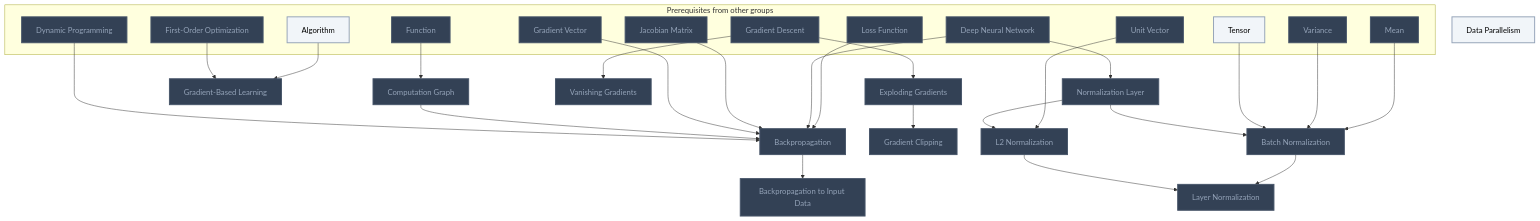
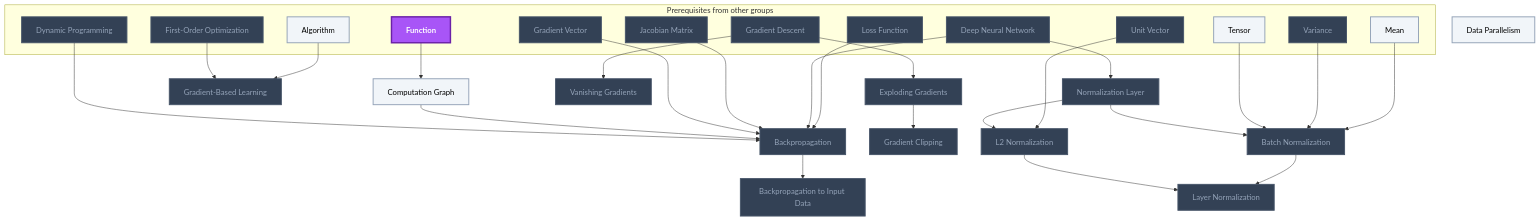
Before and after one commit to MRauf1/My-Notes: diagram 19 of 21 in Gamification/Skill Trees/Deep Learning.md, drawn with Mermaid. The commit also changed other lines of this file and 156 other files, not shown here.

````diff
--- a/Gamification/Skill Trees/Deep Learning.md
+++ b/Gamification/Skill Trees/Deep Learning.md
@@ -1134,64 +1141,65 @@
 ```mermaid
 flowchart TD
     classDef planned fill:#1E293B,stroke:#64748B,stroke-width:2px,stroke-dasharray:5 5,color:#94A3B8;
     classDef locked fill:#334155,stroke:#475569,stroke-width:2px,color:#94A3B8;
     classDef L0 fill:#F1F5F9,stroke:#94A3B8,stroke-width:2px,color:#000000;
     classDef L1 fill:#22C55E,stroke:#15803D,stroke-width:2px,color:#000000;
     classDef L2 fill:#3B82F6,stroke:#1D4ED8,stroke-width:3px,color:#FFFFFF;
     classDef L3 fill:#A855F7,stroke:#6B21A8,stroke-width:3px,color:#FFFFFF,font-weight:bold;
     classDef L4 fill:#F97316,stroke:#C2410C,stroke-width:4px,color:#000000,font-weight:bold;
     classDef L5 fill:#FFD700,stroke:#FF8C00,stroke-width:5px,color:#000000,font-weight:bold;
     classDef rusty stroke:#8B4513,stroke-width:4px,stroke-dasharray:3 3;
     subgraph sg_prereqs["Prerequisites from other groups"]
         n_algorithm["Algorithm"]
         n_first_order_optimization["First-Order Optimization"]
         n_gradient_descent["Gradient Descent"]
         n_function["Function"]
         n_loss_function["Loss Function"]
         n_deep_neural_network["Deep Neural Network"]
         n_jacobian_matrix["Jacobian Matrix"]
         n_gradient_vector["Gradient Vector"]
         n_dynamic_programming["Dynamic Programming"]
         n_mean["Mean"]
         n_variance["Variance"]
         n_tensor["Tensor"]
         n_unit_vector["Unit Vector"]
     end
     n_computation_graph["Computation Graph"]
     n_backpropagation["Backpropagation"]
     n_backpropagation_to_input_data["Backpropagation to Input Data"]
     n_gradient_based_learning["Gradient-Based Learning"]
     n_exploding_gradients["Exploding Gradients"]
     n_vanishing_gradients["Vanishing Gradients"]
     n_gradient_clipping["Gradient Clipping"]
     n_normalization_layer["Normalization Layer"]
     n_batch_normalization["Batch Normalization"]
     n_layer_normalization["Layer Normalization"]
     n_l2_normalization["L2 Normalization"]
     n_data_parallelism["Data Parallelism"]
     n_algorithm --> n_gradient_based_learning
     n_first_order_optimization --> n_gradient_based_learning
     n_gradient_descent --> n_exploding_gradients
     n_exploding_gradients --> n_gradient_clipping
     n_gradient_descent --> n_vanishing_gradients
     n_function --> n_computation_graph
     n_loss_function --> n_backpropagation
     n_deep_neural_network --> n_backpropagation
     n_jacobian_matrix --> n_backpropagation
     n_gradient_vector --> n_backpropagation
     n_computation_graph --> n_backpropagation
     n_dynamic_programming --> n_backpropagation
     n_backpropagation --> n_backpropagation_to_input_data
     n_deep_neural_network --> n_normalization_layer
     n_mean --> n_batch_normalization
     n_variance --> n_batch_normalization
     n_tensor --> n_batch_normalization
     n_normalization_layer --> n_batch_normalization
     n_unit_vector --> n_l2_normalization
     n_normalization_layer --> n_l2_normalization
     n_batch_normalization --> n_layer_normalization
     n_l2_normalization --> n_layer_normalization
-    class n_first_order_optimization,n_gradient_descent,n_function,n_loss_function,n_deep_neural_network,n_jacobian_matrix,n_gradient_vector,n_dynamic_programming,n_mean,n_variance,n_unit_vector,n_computation_graph,n_backpropagation,n_backpropagation_to_input_data,n_gradient_based_learning,n_exploding_gradients,n_vanishing_gradients,n_gradient_clipping,n_normalization_layer,n_batch_normalization,n_layer_normalization,n_l2_normalization locked;
-    class n_algorithm,n_tensor,n_data_parallelism L0;
+    class n_first_order_optimization,n_gradient_descent,n_loss_function,n_deep_neural_network,n_jacobian_matrix,n_gradient_vector,n_dynamic_programming,n_variance,n_unit_vector,n_backpropagation,n_backpropagation_to_input_data,n_gradient_based_learning,n_exploding_gradients,n_vanishing_gradients,n_gradient_clipping,n_normalization_layer,n_batch_normalization,n_layer_normalization,n_l2_normalization locked;
+    class n_algorithm,n_mean,n_tensor,n_computation_graph,n_data_parallelism L0;
+    class n_function L3;
     class n_algorithm,n_first_order_optimization,n_gradient_descent,n_function,n_loss_function,n_deep_neural_network,n_jacobian_matrix,n_gradient_vector,n_dynamic_programming,n_mean,n_variance,n_tensor,n_unit_vector,n_computation_graph,n_backpropagation,n_backpropagation_to_input_data,n_gradient_based_learning,n_exploding_gradients,n_vanishing_gradients,n_gradient_clipping,n_normalization_layer,n_batch_normalization,n_layer_normalization,n_l2_normalization,n_data_parallelism internal-link;
 ```
````
